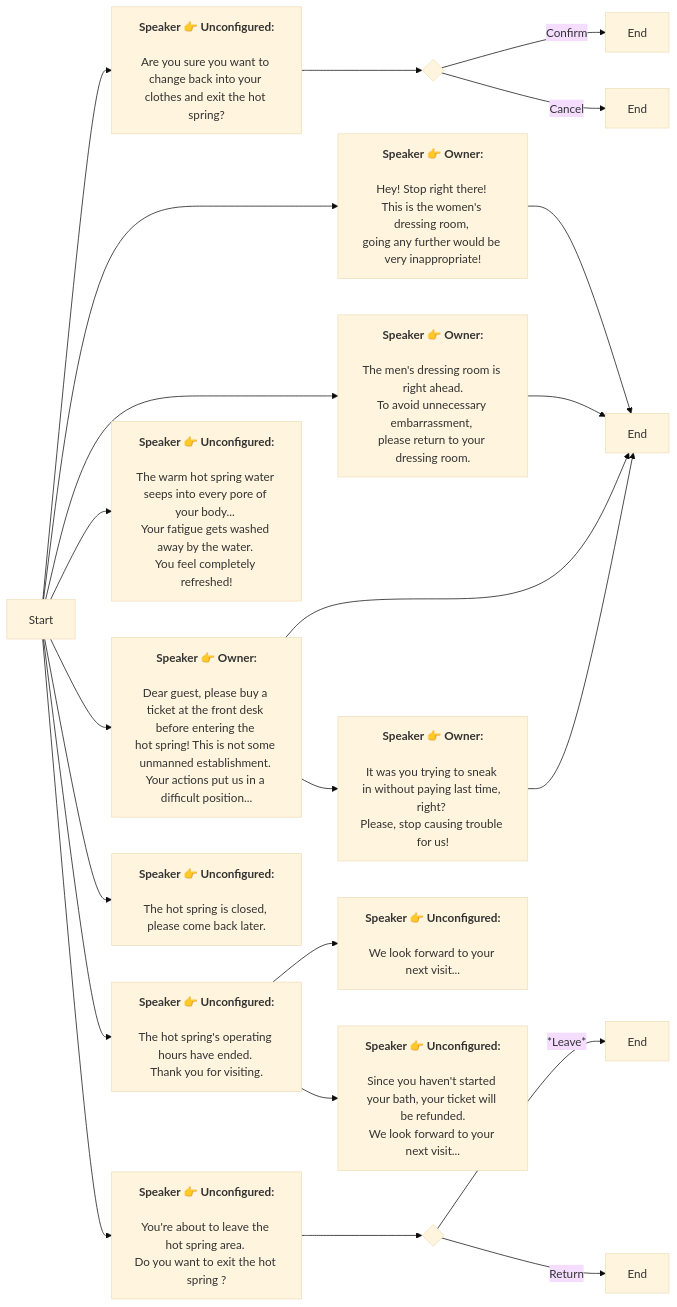
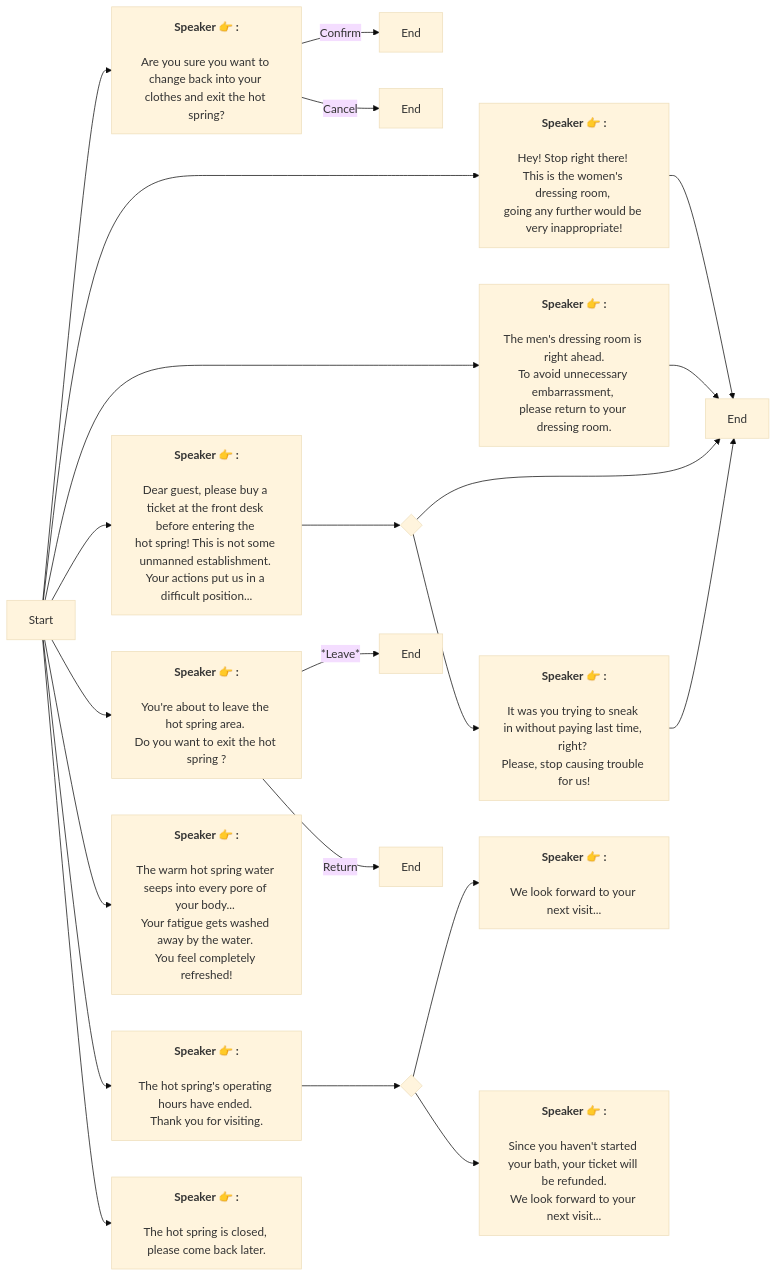
The diagram in En/HotSpringTip.md (SoftHu/tos_avg), drawn with Mermaid (base theme) before and after one commit. The commit also changed 737 other files, not shown here.

````diff
--- a/En/HotSpringTip.md
+++ b/En/HotSpringTip.md
@@ -1,60 +1,48 @@
 ```mermaid
 graph LR
-Start -->1766836454846372[<b>Speaker 👉 Unconfigured:</b>
-
-Are you sure you want to change back into your 
+Start -->1766836454846372[<b>Speaker 👉 :</b>
+\nAre you sure you want to change back into your 
 clothes and exit the hot spring?]
-1766836454846372 -->1766836545220517{ }
-1766836545220517 -->|Confirm|1766836562522026[End]
-1766836545220517 -->|Cancel|1766836566630315[End]
-Start -->1766852287585140[<b>Speaker 👉 Owner:</b>
-
-Hey! Stop right there! 
+1766836454846372 -->|Confirm|1766836562522026[End]
+1766836454846372 -->|Cancel|1766836566630315[End]
+Start -->1766852287585140[<b>Speaker 👉 :</b>
+\nHey! Stop right there! 
 This is the women's dressing room, 
 going any further would be very inappropriate!]
 1766852287585140 -->1766852287585141[End]
-Start -->1766852287586167[<b>Speaker 👉 Owner:</b>
-
-The men's dressing room is right ahead.
+Start -->1766852287586167[<b>Speaker 👉 :</b>
+\nThe men's dressing room is right ahead.
 To avoid unnecessary embarrassment, 
 please return to your dressing room.]
 1766852287586167 -->1766852287585141[End]
-Start -->1766852287587193[<b>Speaker 👉 Owner:</b>
-
-Dear guest, please buy a ticket at the front desk before entering the 
+Start -->1766852287587193[<b>Speaker 👉 :</b>
+\nDear guest, please buy a ticket at the front desk before entering the 
 hot spring! This is not some unmanned establishment. 
 Your actions put us in a difficult position...]
-1766852287587193 -->1766852287585141[End]
-1766852287587193 -->1767554932649846[<b>Speaker 👉 Owner:</b>
-
-It was you trying to sneak in without paying last time, right? 
+1766852287587193 -->1767554785504117{ }
+1767554785504117 -->1766852287585141[End]
+1767554785504117 -->1767554932649846[<b>Speaker 👉 :</b>
+\nIt was you trying to sneak in without paying last time, right? 
 Please, stop causing trouble for us!]
 1767554932649846 -->1766852287585141[End]
-Start -->1766918374598516[<b>Speaker 👉 Unconfigured:</b>
-
-You're about to leave the hot spring area. 
+Start -->1766918374598516[<b>Speaker 👉 :</b>
+\nYou're about to leave the hot spring area. 
 Do you want to exit the hot spring ?]
-1766918374598516 -->1766918444977013{ }
-1766918444977013 -->|*Leave*|1766918461645690[End]
-1766918444977013 -->|Return|1766918461645691[End]
-Start -->1767362903380854[<b>Speaker 👉 Unconfigured:</b>
-
-The warm hot spring water seeps into every pore of your body... 
+1766918374598516 -->|*Leave*|1766918461645690[End]
+1766918374598516 -->|Return|1766918461645691[End]
+Start -->1767362903380854[<b>Speaker 👉 :</b>
+\nThe warm hot spring water seeps into every pore of your body... 
 Your fatigue gets washed away by the water. 
 You feel completely refreshed!]
-Start -->1767390022138742[<b>Speaker 👉 Unconfigured:</b>
+Start -->1767390022138742[<b>Speaker 👉 :</b>
+\nThe hot spring's operating hours have ended. 
+Thank you for visiting.]
+1767390022138742 -->1767393902223221{ }
+1767393902223221 -->1767393921749878[<b>Speaker 👉 :</b>
+\nWe look forward to your next visit...]
+1767393902223221 -->1767393960097655[<b>Speaker 👉 :</b>
+\nSince you haven't started your bath, your ticket will be refunded.\nWe look forward to your next visit...]
+Start -->1767391865579382[<b>Speaker 👉 :</b>
+\nThe hot spring is closed, please come back later.]
 
-The hot spring's operating hours have ended. 
-Thank you for visiting.]
-1767390022138742 -->1767393921749878[<b>Speaker 👉 Unconfigured:</b>
-
-We look forward to your next visit...]
-1767390022138742 -->1767393960097655[<b>Speaker 👉 Unconfigured:</b>
-
-Since you haven't started your bath, your ticket will be refunded.
-We look forward to your next visit...]
-Start -->1767391865579382[<b>Speaker 👉 Unconfigured:</b>
-
-The hot spring is closed, please come back later.]
-
- ```
+```
````
